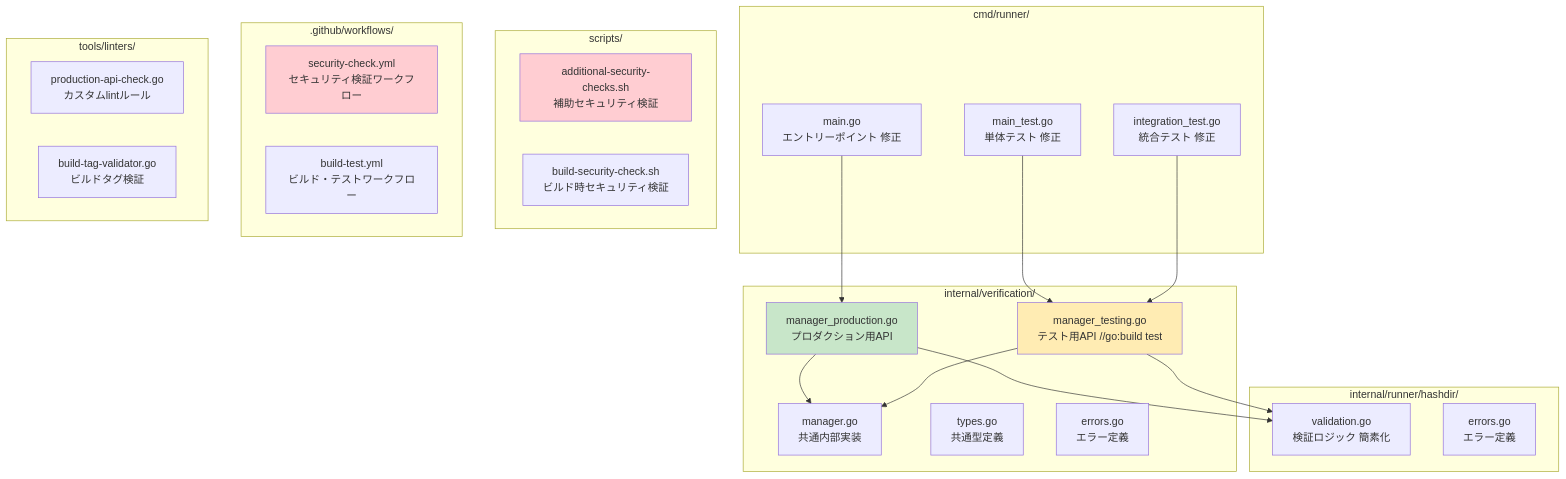
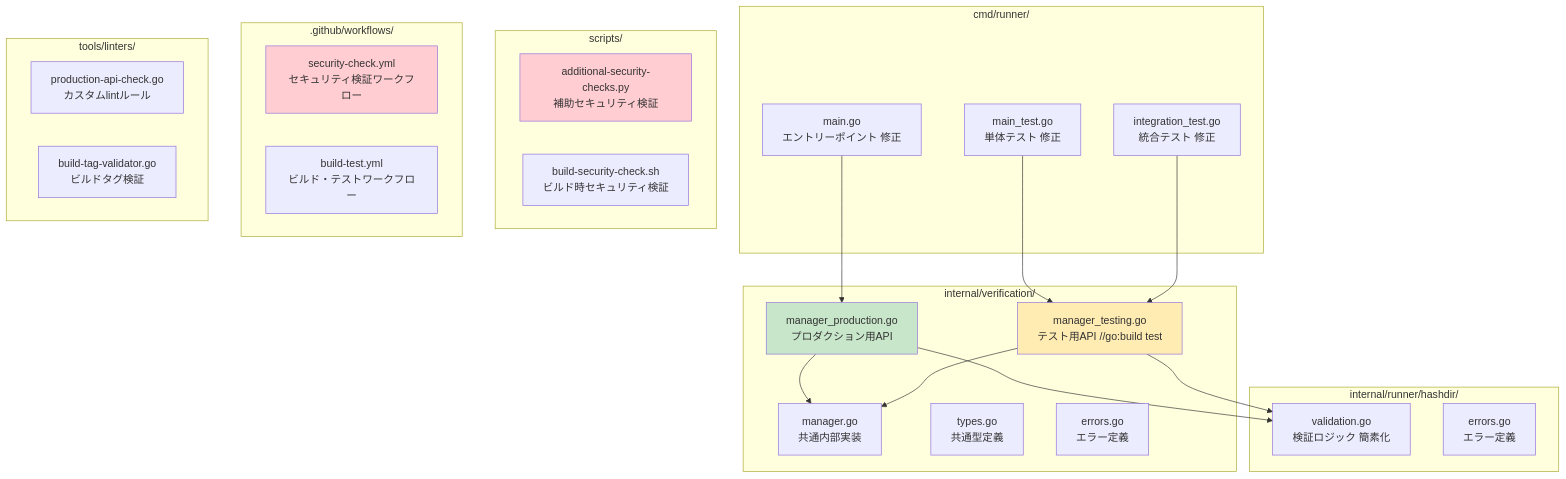
The diagram in docs/tasks/0022_hash_directory_security_enhancement/03_specification.md (isseis/go-safe-cmd-runner), drawn with Mermaid before and after one commit. The commit also changed other lines of this file and 3 other files, not shown here.

Commit message:
refactor: rewrite additional-security-checks script in Python

````diff
--- a/docs/tasks/0022_hash_directory_security_enhancement/03_specification.md
+++ b/docs/tasks/0022_hash_directory_security_enhancement/03_specification.md
@@ -9,49 +9,49 @@
 ```mermaid
 graph TD
     subgraph "internal/verification/"
         A[manager.go<br/>共通内部実装]
         B[manager_production.go<br/>プロダクション用API]
         C[manager_testing.go<br/>テスト用API //go:build test]
         D[types.go<br/>共通型定義]
         E[errors.go<br/>エラー定義]
     end
 
     subgraph "cmd/runner/"
         F[main.go<br/>エントリーポイント 修正]
         G[main_test.go<br/>単体テスト 修正]
         H[integration_test.go<br/>統合テスト 修正]
     end
 
     subgraph "internal/runner/hashdir/"
         I[validation.go<br/>検証ロジック 簡素化]
         J[errors.go<br/>エラー定義]
     end
 
     subgraph "scripts/"
-        K[additional-security-checks.sh<br/>補助セキュリティ検証]
+        K[additional-security-checks.py<br/>補助セキュリティ検証]
         L[build-security-check.sh<br/>ビルド時セキュリティ検証]
     end
 
     subgraph ".github/workflows/"
         M[security-check.yml<br/>セキュリティ検証ワークフロー]
         N[build-test.yml<br/>ビルド・テストワークフロー]
     end
 
     subgraph "tools/linters/"
         O[production-api-check.go<br/>カスタムlintルール]
         P[build-tag-validator.go<br/>ビルドタグ検証]
     end
 
     B --> A
     C --> A
     F --> B
     G --> C
     H --> C
     B --> I
     C --> I
 
     style B fill:#c8e6c9
     style C fill:#ffecb3
     style K fill:#ffcdd2
     style M fill:#ffcdd2
 ```
````
